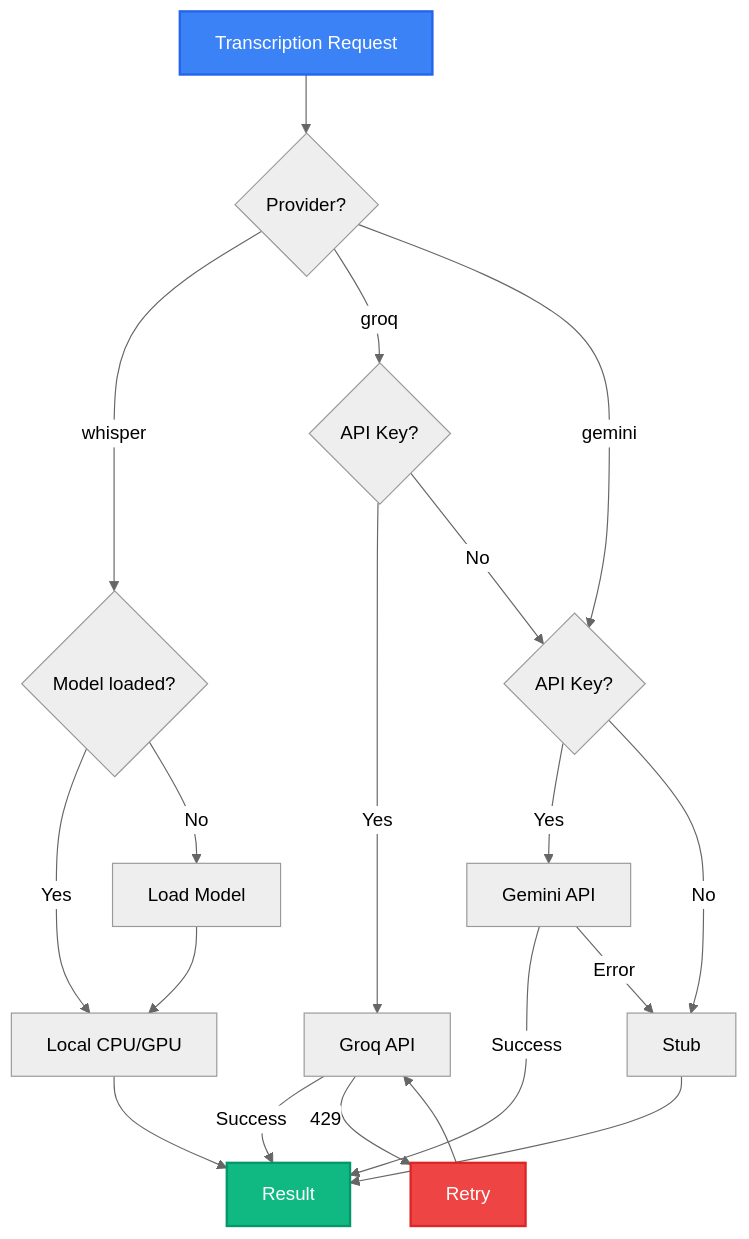
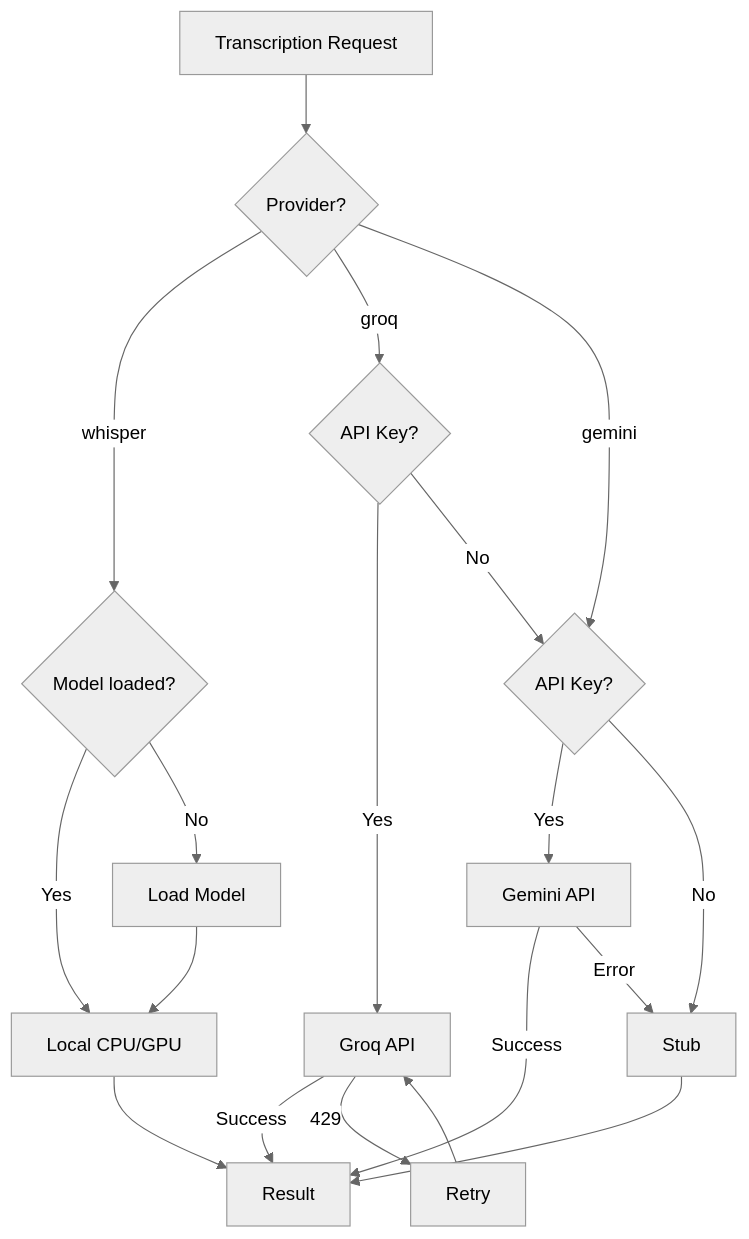
One commit to samm329-ui/Trimora_v2 changed diagram 13 of 16 in README.md. Above: the diagram before and after it, drawn with Mermaid (neutral theme). The commit also changed other lines of this file, not shown here.

Commit message:
docs: update README with Deterministic Story Composer documentation and Mermaid diagrams

````diff
--- a/README.md
+++ b/README.md
@@ -1350,31 +1087,27 @@
 ```mermaid
 flowchart TD
     START["Transcription Request"] --> PROVIDER{"Provider?"}
 
     PROVIDER -->|"whisper"| WHISPER{"Model loaded?"}
     WHISPER -->|"Yes"| LOCAL["Local CPU/GPU"]
     WHISPER -->|"No"| LOAD["Load Model"]
     LOAD --> LOCAL
 
     PROVIDER -->|"groq"| GROQ{"API Key?"}
     GROQ -->|"Yes"| GROQ_CALL["Groq API"]
     GROQ -->|"No"| GEMINI
 
     PROVIDER -->|"gemini"| GEMINI{"API Key?"}
     GEMINI -->|"Yes"| GEMI_CALL["Gemini API"]
     GEMINI -->|"No"| STUB["Stub"]
 
     GROQ_CALL -->|"Success"| RESULT["Result"]
     GROQ_CALL -->|"429"| RETRY["Retry"]
     RETRY --> GROQ_CALL
 
     GEMI_CALL -->|"Success"| RESULT
     GEMI_CALL -->|"Error"| STUB
 
     LOCAL --> RESULT
     STUB --> RESULT
-
-    style START fill:#3b82f6,color:#fff,stroke:#2563eb,stroke-width:2px
-    style RESULT fill:#10b981,color:#fff,stroke:#059669,stroke-width:2px
-    style RETRY fill:#ef4444,color:#fff,stroke:#dc2626,stroke-width:2px
 ```
````
